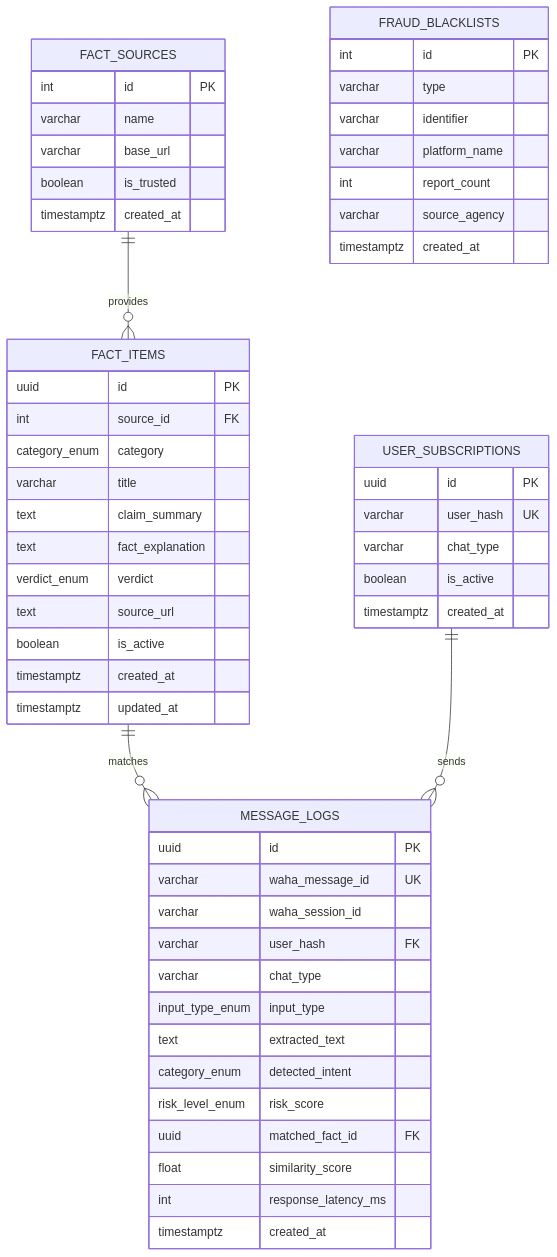
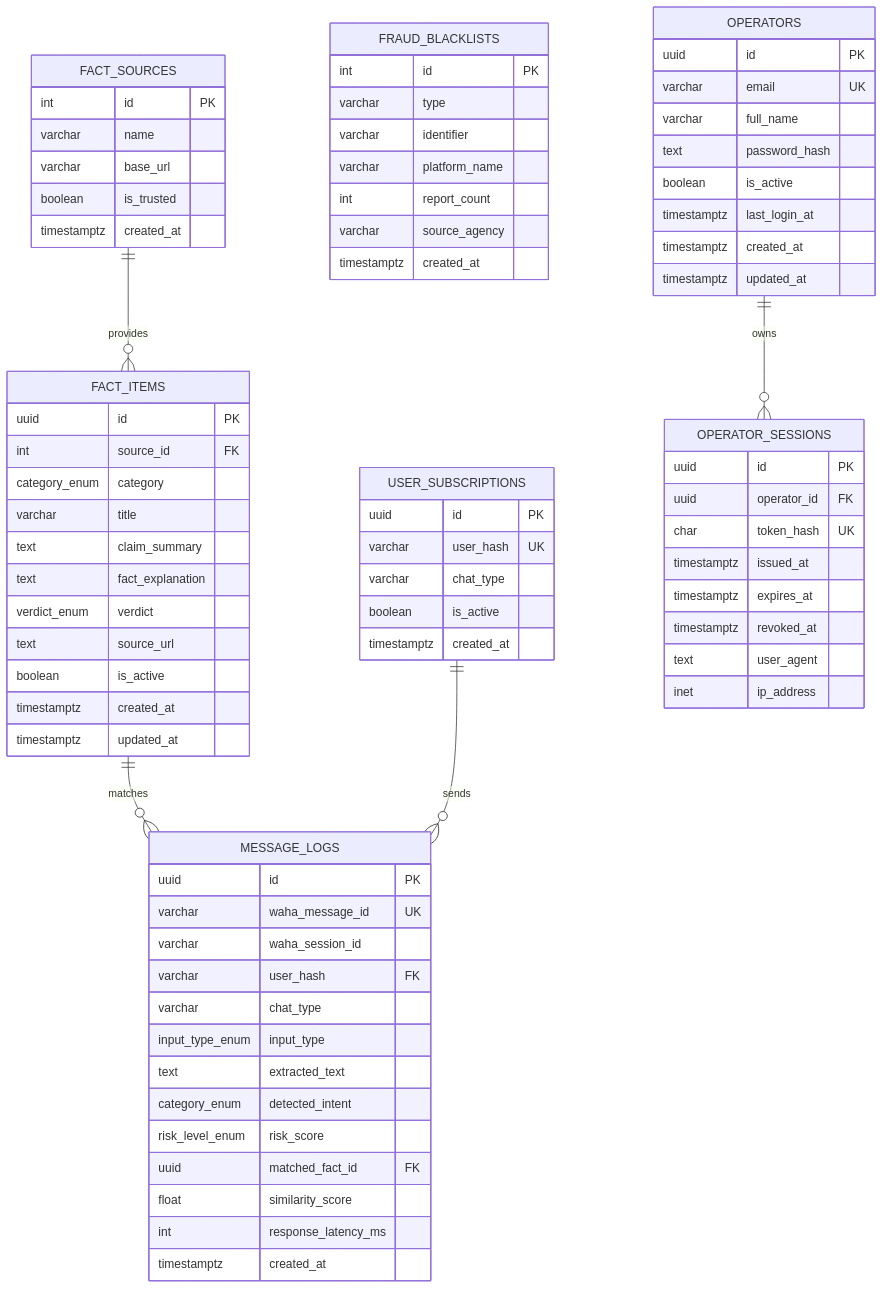
Before and after one commit to dendik-creation/jawara-bot-ai: the diagram in obsidian-docs/Gemastik 2026 - Software Dev/03_Database/01_PostgreSQL_Schema.md, drawn with Mermaid. The commit also changed other lines of this file and 17 other files, not shown here.

````diff
--- a/obsidian-docs/Gemastik 2026 - Software Dev/03_Database/01_PostgreSQL_Schema.md
+++ b/obsidian-docs/Gemastik 2026 - Software Dev/03_Database/01_PostgreSQL_Schema.md
@@ -95,4 +98,28 @@
         int response_latency_ms
         timestamptz created_at
     }
+
+    OPERATORS ||--o{ OPERATOR_SESSIONS : owns
+
+    OPERATORS {
+        uuid id PK
+        varchar email UK
+        varchar full_name
+        text password_hash
+        boolean is_active
+        timestamptz last_login_at
+        timestamptz created_at
+        timestamptz updated_at
+    }
+
+    OPERATOR_SESSIONS {
+        uuid id PK
+        uuid operator_id FK
+        char token_hash UK
+        timestamptz issued_at
+        timestamptz expires_at
+        timestamptz revoked_at
+        text user_agent
+        inet ip_address
+    }
 ```
````
